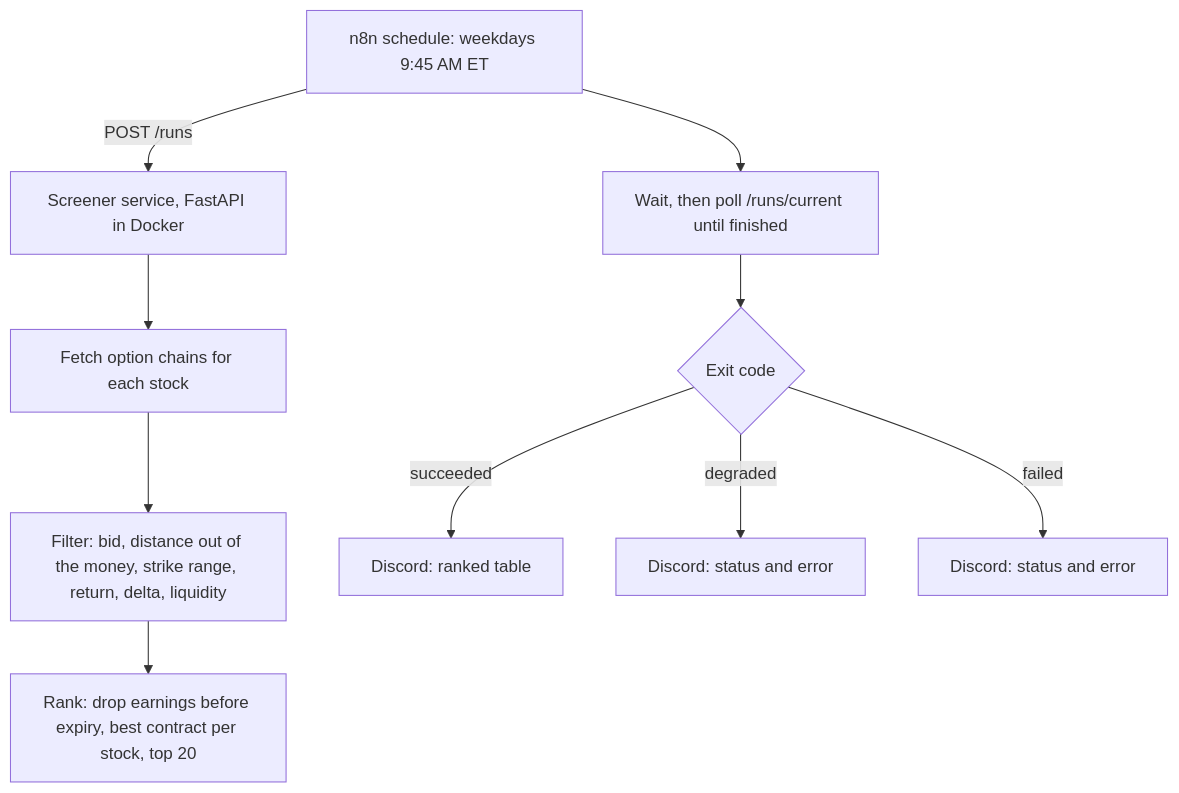
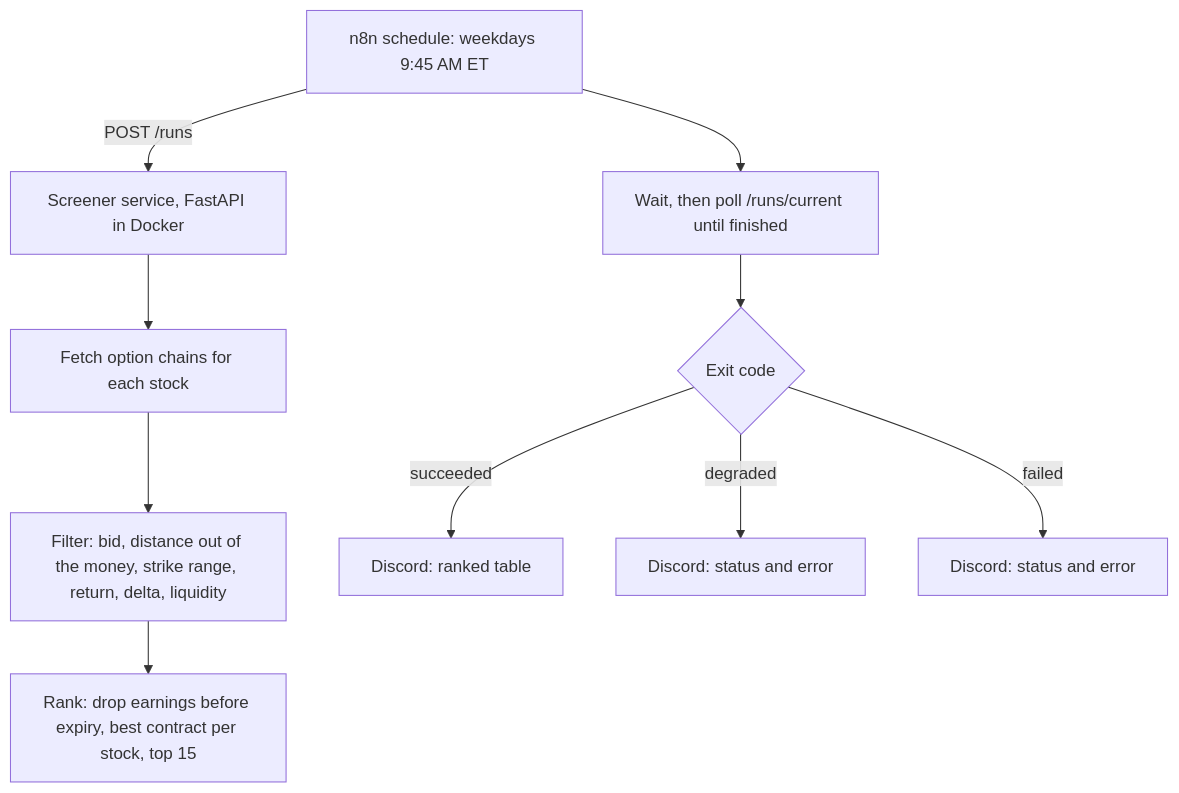
The diagram in README.md (danielkang-dev/sp500-put-screener), drawn with Mermaid before and after one commit. The commit also changed other lines of this file and 1 other file, not shown here.

First line of the commit message:
Add live shortlist screenshot; diagram says top 15

````diff
--- a/README.md
+++ b/README.md
@@ -15,12 +19,12 @@
 ```mermaid
 flowchart TD
     A[n8n schedule: weekdays 9:45 AM ET] -->|POST /runs| B[Screener service, FastAPI in Docker]
     B --> C[Fetch option chains for each stock]
     C --> D[Filter: bid, distance out of the money, strike range, return, delta, liquidity]
-    D --> E[Rank: drop earnings before expiry, best contract per stock, top 20]
+    D --> E[Rank: drop earnings before expiry, best contract per stock, top 15]
     A --> F[Wait, then poll /runs/current until finished]
     F --> G{Exit code}
     G -- succeeded --> H[Discord: ranked table]
     G -- degraded --> I[Discord: status and error]
     G -- failed --> J[Discord: status and error]
 ```
````
